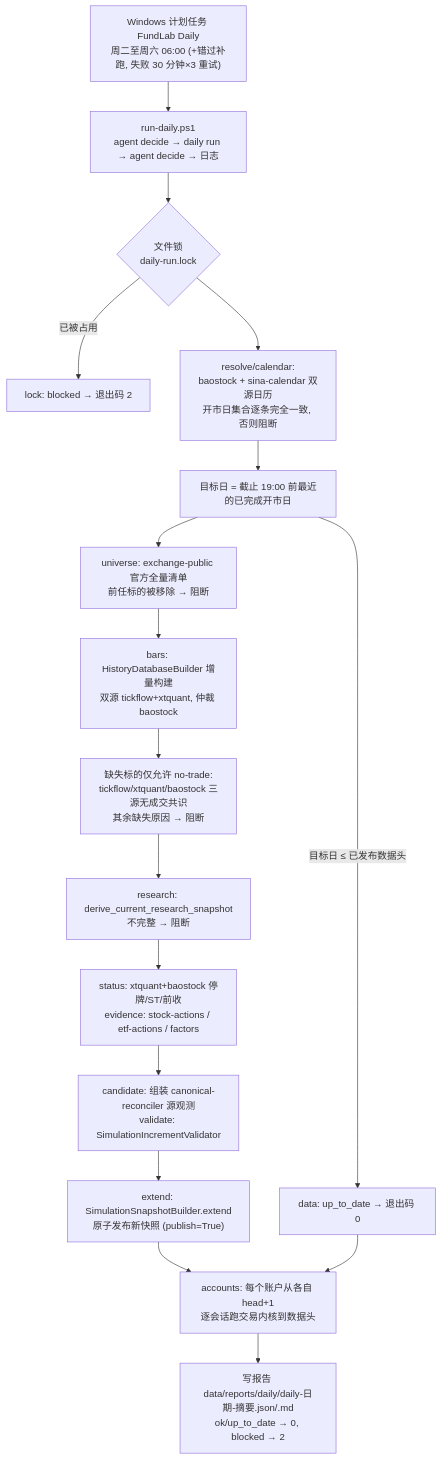
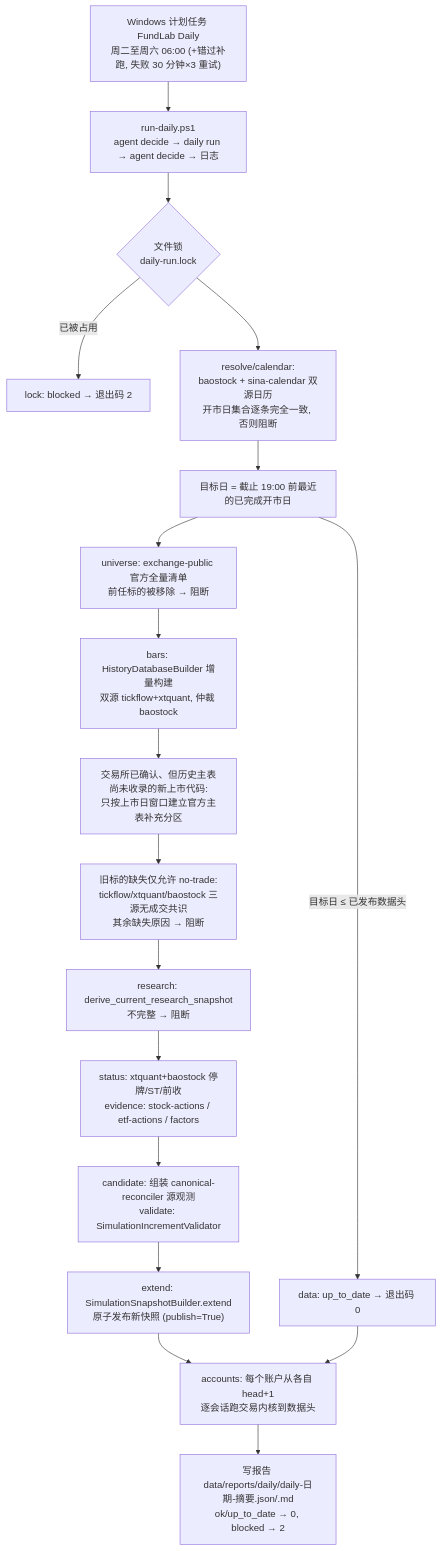
The diagram in docs/architecture/03-pipeline-ops.md (zhan7653/miniQMT), drawn with Mermaid before and after one commit. The commit also changed other lines of this file and 5 other files, not shown here.

````diff
--- a/docs/architecture/03-pipeline-ops.md
+++ b/docs/architecture/03-pipeline-ops.md
@@ -34,19 +34,20 @@
 ```mermaid
 flowchart TD
     T["Windows 计划任务 FundLab Daily<br/>周二至周六 06:00 (+错过补跑, 失败 30 分钟×3 重试)"] --> R["run-daily.ps1<br/>agent decide → daily run → agent decide → 日志"]
     R --> L{"文件锁<br/>daily-run.lock"}
     L -- 已被占用 --> B0["lock: blocked → 退出码 2"]
     L --> CAL["resolve/calendar:<br/>baostock + sina-calendar 双源日历<br/>开市日集合逐条完全一致, 否则阻断"]
     CAL --> TGT["目标日 = 截止 19:00 前最近的已完成开市日"]
     TGT -- "目标日 ≤ 已发布数据头" --> UTD["data: up_to_date → 退出码 0"]
     TGT --> U["universe: exchange-public 官方全量清单<br/>前任标的被移除 → 阻断"]
     U --> H["bars: HistoryDatabaseBuilder 增量构建<br/>双源 tickflow+xtquant, 仲裁 baostock"]
-    H --> NT["缺失标的仅允许 no-trade:<br/>tickflow/xtquant/baostock 三源无成交共识<br/>其余缺失原因 → 阻断"]
+    H --> NEW["交易所已确认、但历史主表尚未收录的新上市代码:<br/>只按上市日窗口建立官方主表补充分区"]
+    NEW --> NT["旧标的缺失仅允许 no-trade:<br/>tickflow/xtquant/baostock 三源无成交共识<br/>其余缺失原因 → 阻断"]
     NT --> RS["research: derive_current_research_snapshot<br/>不完整 → 阻断"]
     RS --> SE["status: xtquant+baostock 停牌/ST/前收<br/>evidence: stock-actions / etf-actions / factors"]
     SE --> CV["candidate: 组装 canonical-reconciler 源观测<br/>validate: SimulationIncrementValidator"]
     CV --> EX["extend: SimulationSnapshotBuilder.extend<br/>原子发布新快照 (publish=True)"]
     EX --> AC["accounts: 每个账户从各自 head+1<br/>逐会话跑交易内核到数据头"]
     UTD --> AC
     AC --> RP["写报告 data/reports/daily/daily-日期-摘要.json/.md<br/>ok/up_to_date → 0, blocked → 2"]
 ```
````
